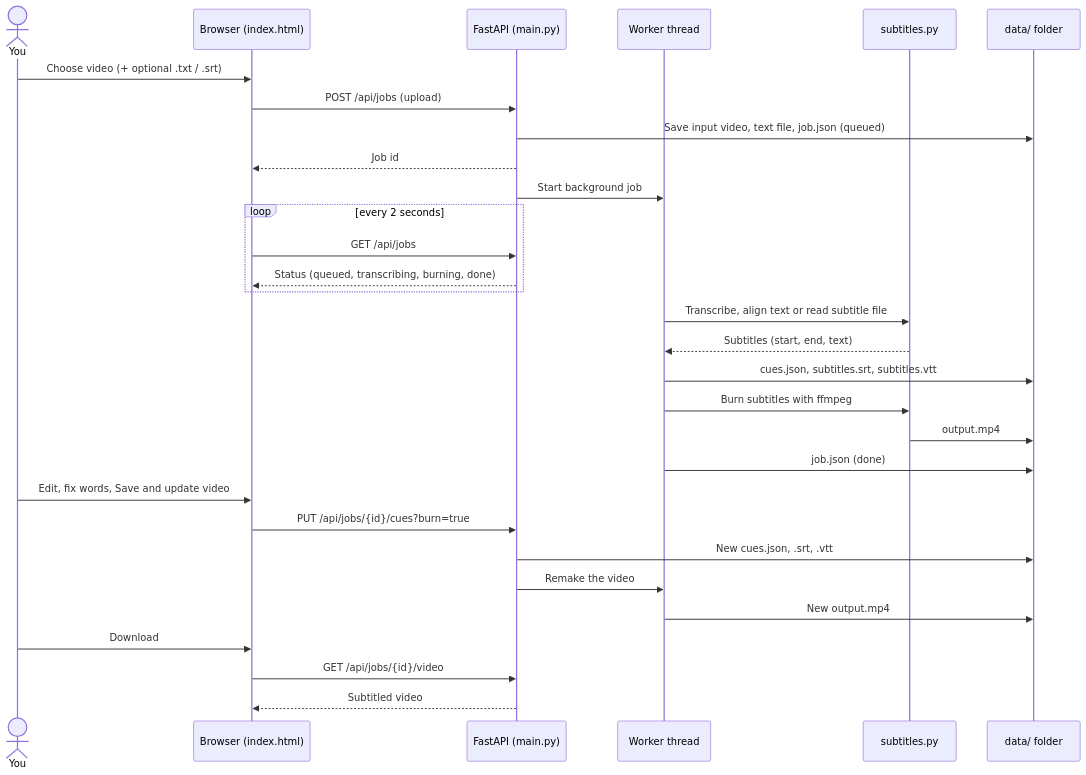
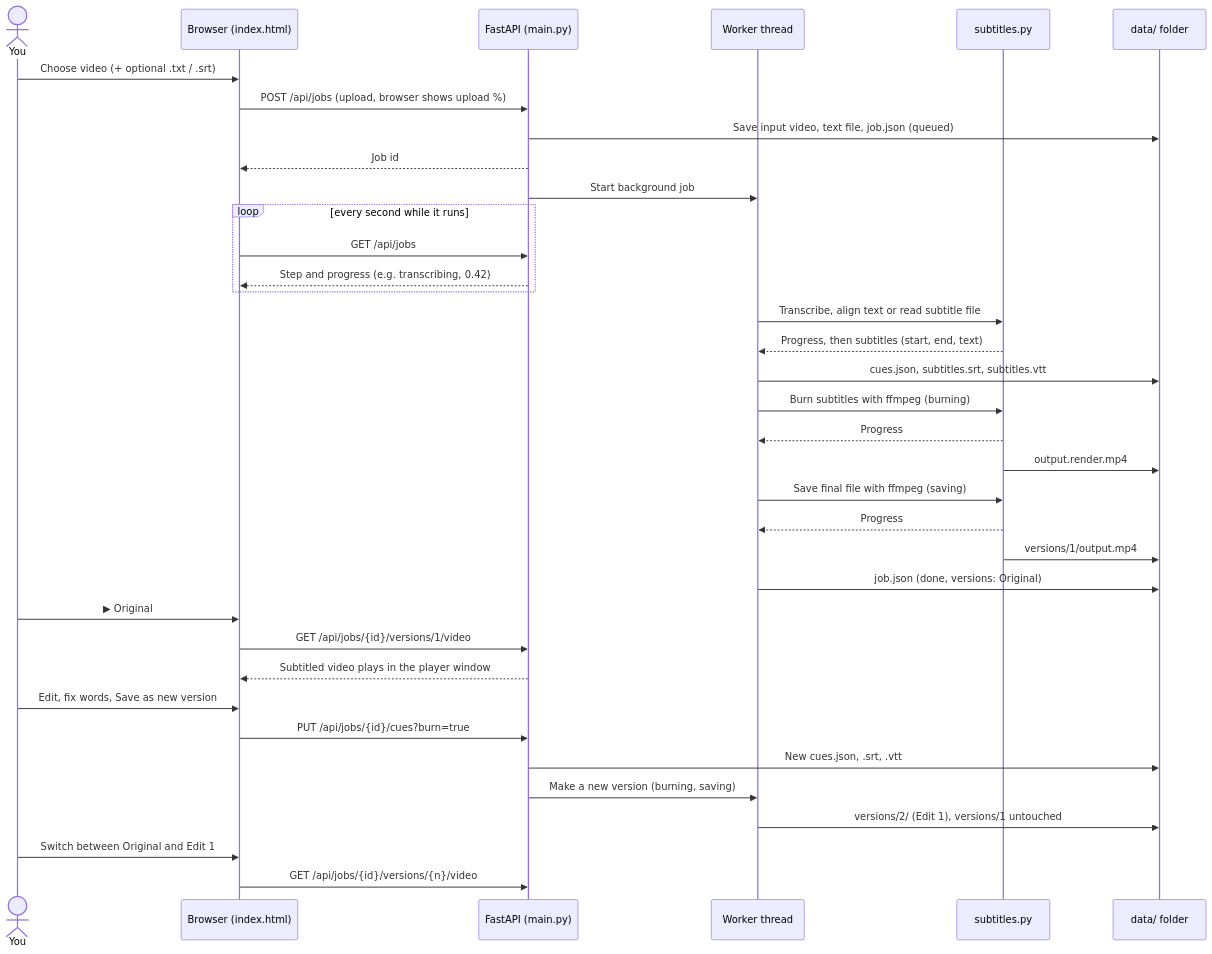
Before and after one commit to PepePapaPipi/subtitles: the third of 4 diagrams in README.md, drawn with Mermaid. The commit also changed other lines of this file and 3 other files, not shown here.

Commit message:
Progress bars and video viewer

````diff
--- a/README.md
+++ b/README.md
@@ -148,33 +176,39 @@
 ```mermaid
 sequenceDiagram
     actor U as You
     participant B as Browser (index.html)
     participant A as FastAPI (main.py)
     participant W as Worker thread
     participant S as subtitles.py
     participant D as data/ folder
 
     U->>B: Choose video (+ optional .txt / .srt)
-    B->>A: POST /api/jobs (upload)
+    B->>A: POST /api/jobs (upload, browser shows upload %)
     A->>D: Save input video, text file, job.json (queued)
     A-->>B: Job id
     A->>W: Start background job
-    loop every 2 seconds
+    loop every second while it runs
         B->>A: GET /api/jobs
-        A-->>B: Status (queued, transcribing, burning, done)
+        A-->>B: Step and progress (e.g. transcribing, 0.42)
     end
     W->>S: Transcribe, align text or read subtitle file
-    S-->>W: Subtitles (start, end, text)
+    S-->>W: Progress, then subtitles (start, end, text)
     W->>D: cues.json, subtitles.srt, subtitles.vtt
-    W->>S: Burn subtitles with ffmpeg
-    S->>D: output.mp4
-    W->>D: job.json (done)
-    U->>B: Edit, fix words, Save and update video
+    W->>S: Burn subtitles with ffmpeg (burning)
+    S-->>W: Progress
+    S->>D: output.render.mp4
+    W->>S: Save final file with ffmpeg (saving)
+    S-->>W: Progress
+    S->>D: versions/1/output.mp4
+    W->>D: job.json (done, versions: Original)
+    U->>B: ▶ Original
+    B->>A: GET /api/jobs/{id}/versions/1/video
+    A-->>B: Subtitled video plays in the player window
+    U->>B: Edit, fix words, Save as new version
     B->>A: PUT /api/jobs/{id}/cues?burn=true
     A->>D: New cues.json, .srt, .vtt
-    A->>W: Remake the video
-    W->>D: New output.mp4
-    U->>B: Download
-    B->>A: GET /api/jobs/{id}/video
-    A-->>B: Subtitled video
+    A->>W: Make a new version (burning, saving)
+    W->>D: versions/2/ (Edit 1), versions/1 untouched
+    U->>B: Switch between Original and Edit 1
+    B->>A: GET /api/jobs/{id}/versions/{n}/video
 ```
````
